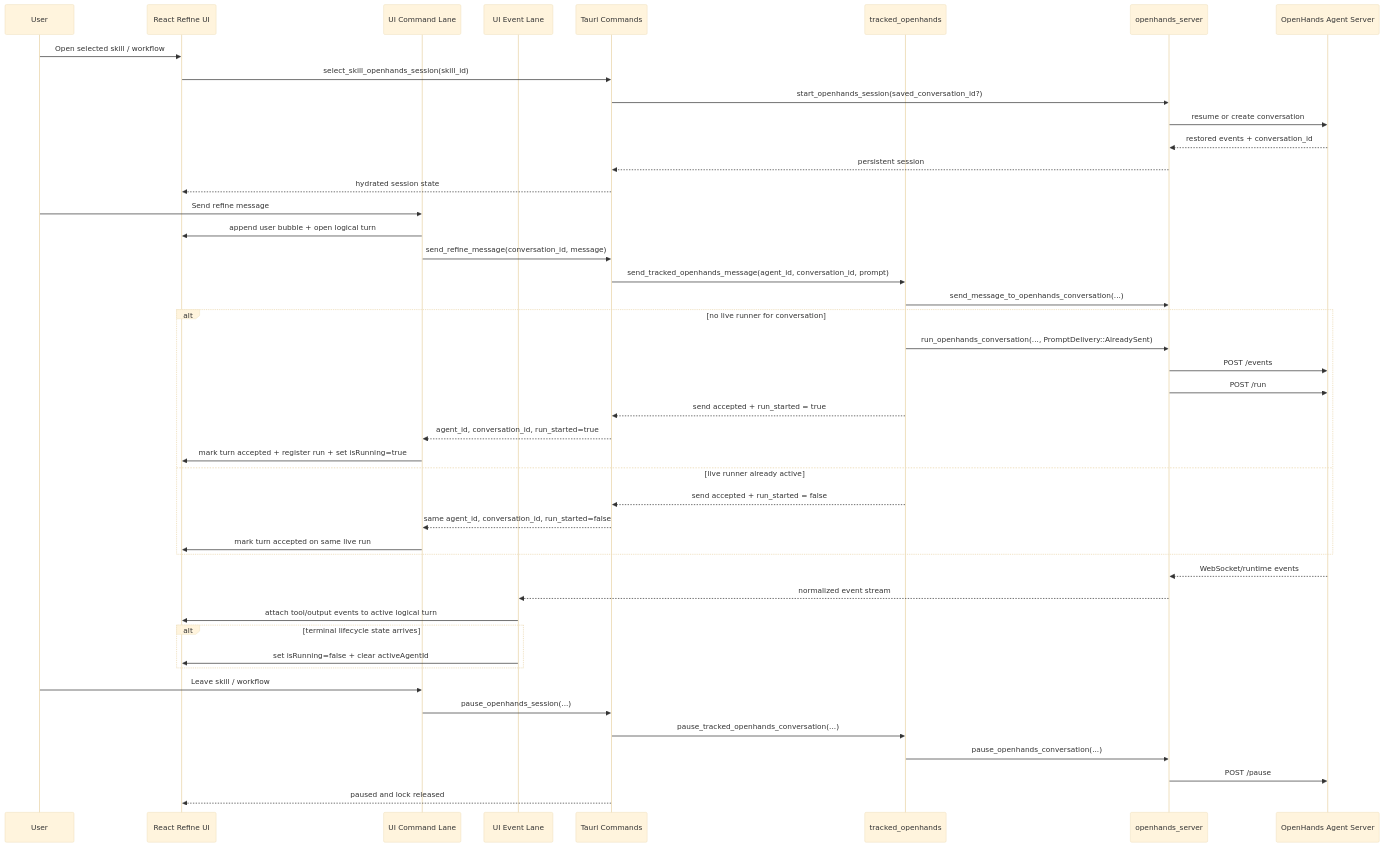
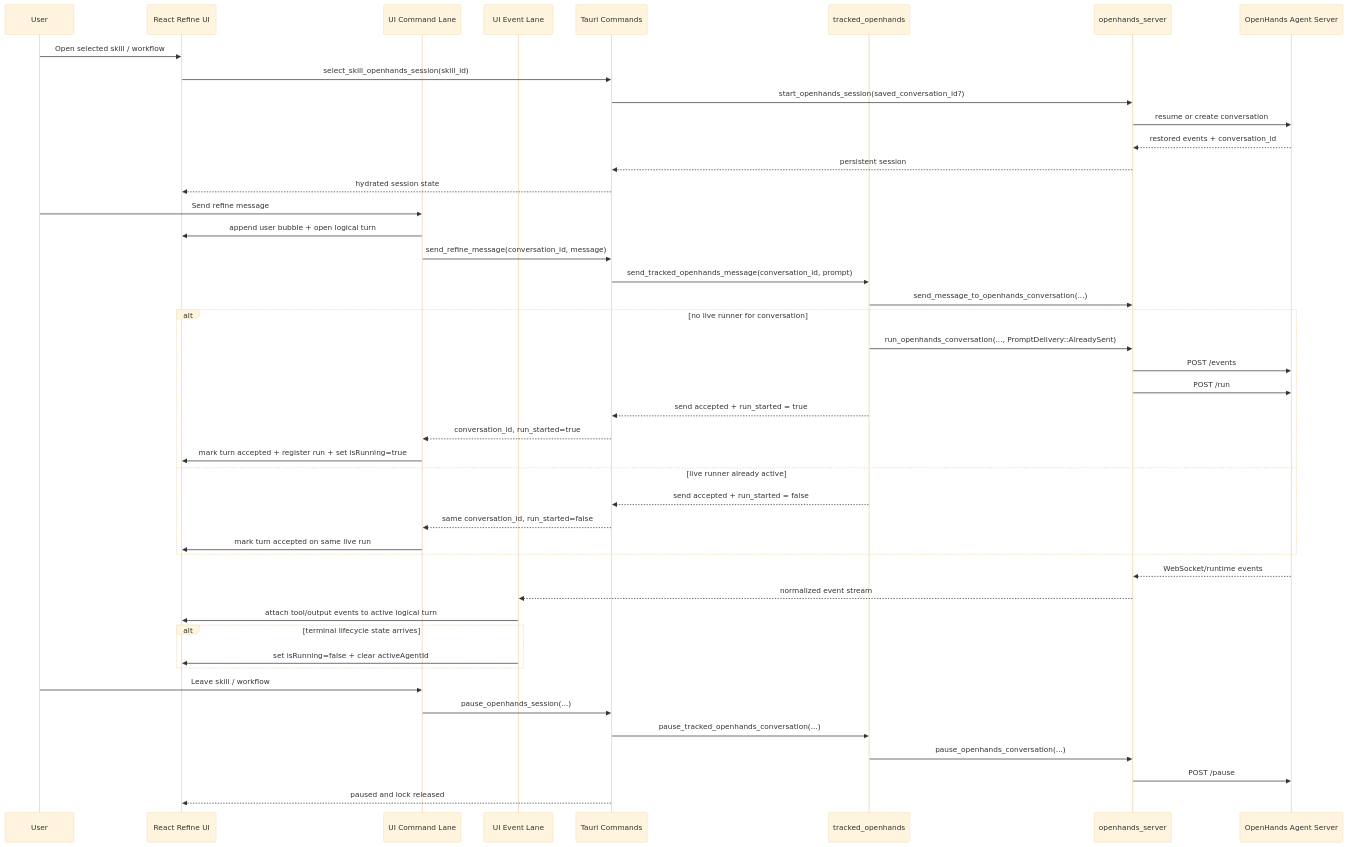
One commit to accelerate-data/skill-builder changed the diagram in docs/design/openhands-runtime-contract/refine-sequence.md. Above: the diagram before and after it, drawn with Mermaid (base theme). The commit also changed other lines of this file and 58 other files, not shown here.

````diff
--- a/docs/design/openhands-runtime-contract/refine-sequence.md
+++ b/docs/design/openhands-runtime-contract/refine-sequence.md
@@ -12,52 +12,52 @@
 ```mermaid
 sequenceDiagram
     participant U as User
     participant UI as React Refine UI
     participant CMDQ as UI Command Lane
     participant EVTQ as UI Event Lane
     participant CMD as Tauri Commands
     participant L3 as tracked_openhands
     participant L1 as openhands_server
     participant OHS as OpenHands Agent Server
 
     U->>UI: Open selected skill / workflow
     UI->>CMD: select_skill_openhands_session(skill_id)
     CMD->>L1: start_openhands_session(saved_conversation_id?)
     L1->>OHS: resume or create conversation
     OHS-->>L1: restored events + conversation_id
     L1-->>CMD: persistent session
     CMD-->>UI: hydrated session state
 
     U->>CMDQ: Send refine message
     CMDQ->>UI: append user bubble + open logical turn
     CMDQ->>CMD: send_refine_message(conversation_id, message)
-    CMD->>L3: send_tracked_openhands_message(agent_id, conversation_id, prompt)
+    CMD->>L3: send_tracked_openhands_message(conversation_id, prompt)
     L3->>L1: send_message_to_openhands_conversation(...)
     alt no live runner for conversation
         L3->>L1: run_openhands_conversation(..., PromptDelivery::AlreadySent)
         L1->>OHS: POST /events
         L1->>OHS: POST /run
         L3-->>CMD: send accepted + run_started = true
-        CMD-->>CMDQ: agent_id, conversation_id, run_started=true
+        CMD-->>CMDQ: conversation_id, run_started=true
         CMDQ->>UI: mark turn accepted + register run + set isRunning=true
     else live runner already active
         L3-->>CMD: send accepted + run_started = false
-        CMD-->>CMDQ: same agent_id, conversation_id, run_started=false
+        CMD-->>CMDQ: same conversation_id, run_started=false
         CMDQ->>UI: mark turn accepted on same live run
     end
 
     OHS-->>L1: WebSocket/runtime events
     L1-->>EVTQ: normalized event stream
     EVTQ->>UI: attach tool/output events to active logical turn
 
     alt terminal lifecycle state arrives
         EVTQ->>UI: set isRunning=false + clear activeAgentId
     end
 
     U->>CMDQ: Leave skill / workflow
     CMDQ->>CMD: pause_openhands_session(...)
     CMD->>L3: pause_tracked_openhands_conversation(...)
     L3->>L1: pause_openhands_conversation(...)
     L1->>OHS: POST /pause
     CMD-->>UI: paused and lock released
 ```
````
